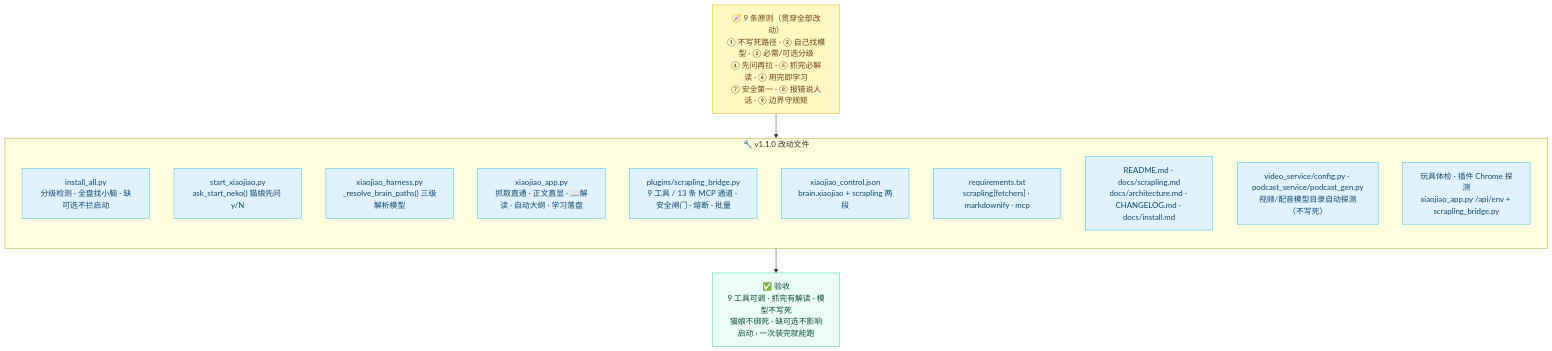
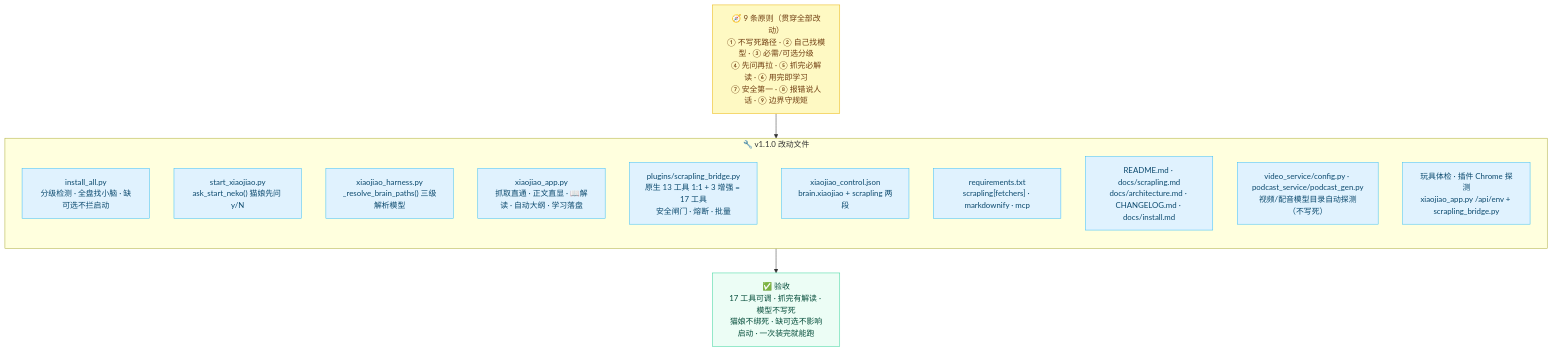
Before and after one commit to jiangchuangege/xiaojiao-harness: diagram 11 of 13 in README.md, drawn with Mermaid. The commit also changed other lines of this file and 4 other files, not shown here.

````diff
--- a/README.md
+++ b/README.md
@@ -946,28 +946,28 @@
 ```mermaid
 flowchart TB
     P["🧭 9 条原则（贯穿全部改动）<br/>① 不写死路径 · ② 自己找模型 · ③ 必需/可选分级<br/>④ 先问再拉 · ⑤ 抓完必解读 · ⑥ 用完即学习<br/>⑦ 安全第一 · ⑧ 报错说人话 · ⑨ 边界守规矩"]
 
     subgraph CHG["🔧 v1.1.0 改动文件"]
         direction TB
         F1["install_all.py<br/>分级检测 · 全盘找小脑 · 缺可选不拦启动"]
         F2["start_xiaojiao.py<br/>ask_start_neko() 猫娘先问 y/N"]
         F3["xiaojiao_harness.py<br/>_resolve_brain_paths() 三级解析模型"]
         F4["xiaojiao_app.py<br/>抓取直通 · 正文直显 · 📖解读 · 自动大纲 · 学习落盘"]
-        F5["plugins/scrapling_bridge.py<br/>9 工具 / 13 条 MCP 通道 · 安全闸门 · 熔断 · 批量"]
+        F5["plugins/scrapling_bridge.py<br/>原生 13 工具 1:1 + 3 增强 = 17 工具<br/>安全闸门 · 熔断 · 批量"]
         F6["xiaojiao_control.json<br/>brain.xiaojiao + scrapling 两段"]
         F7["requirements.txt<br/>scrapling[fetchers] · markdownify · mcp"]
         F8["README.md · docs/scrapling.md<br/>docs/architecture.md · CHANGELOG.md · docs/install.md"]
         F9["video_service/config.py · podcast_service/podcast_gen.py<br/>视频/配音模型目录自动探测（不写死）"]
         F10["玩具体检 · 插件 Chrome 探测<br/>xiaojiao_app.py /api/env + scrapling_bridge.py"]
     end
 
     P --> CHG
-    CHG --> V["✅ 验收<br/>9 工具可调 · 抓完有解读 · 模型不写死<br/>猫娘不绑死 · 缺可选不影响启动 · 一次装完就能跑"]
+    CHG --> V["✅ 验收<br/>17 工具可调 · 抓完有解读 · 模型不写死<br/>猫娘不绑死 · 缺可选不影响启动 · 一次装完就能跑"]
 
     classDef p fill:#fef9c3,stroke:#eab308,color:#713f12;
     classDef f fill:#e0f2fe,stroke:#38bdf8,color:#0c4a6e;
     classDef v fill:#ecfdf5,stroke:#34d399,color:#064e3b;
     class P p;
     class F1,F2,F3,F4,F5,F6,F7,F8,F9,F10 f;
     class V v;
 ```
````
